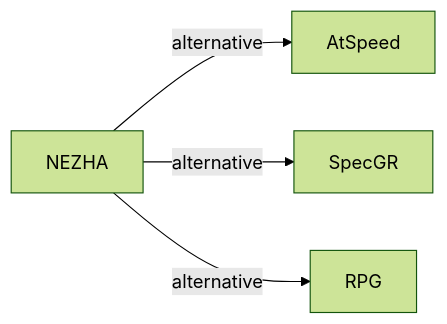
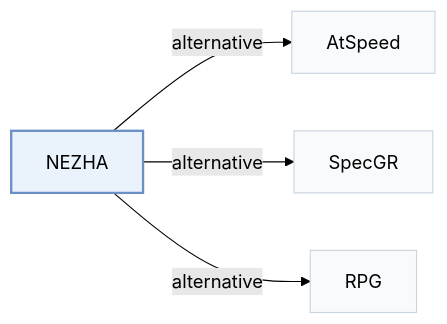
One commit to Galaxy-ghost/Awesome-SID-Generative-Rec changed the second of 2 diagrams in pages/papers/nezha.md. Above: the diagram before and after it, drawn with Mermaid (forest theme). The commit also changed other lines of this file and 649 other files, not shown here.

Commit message:
writer-05: also tags and modality index (schema, check, build, visuals); summary field removed; calibration data for 12 papers

````diff
--- a/pages/papers/nezha.md
+++ b/pages/papers/nezha.md
@@ -68,7 +74,11 @@
 ```mermaid
 flowchart LR
     P["NEZHA"]
-    P -->|alternative| A["AtSpeed"]
-    P -->|alternative| B["SpecGR"]
-    P -->|alternative| C["RPG"]
+    P -->|"alternative"| A["AtSpeed"]
+    P -->|"alternative"| B["SpecGR"]
+    P -->|"alternative"| C["RPG"]
+    classDef main fill:#eaf2fb,stroke:#6b8fc7,stroke-width:2px
+    classDef peer fill:#f8fafc,stroke:#cbd5e1
+    class P main
+    class A,B,C peer
 ```
````
